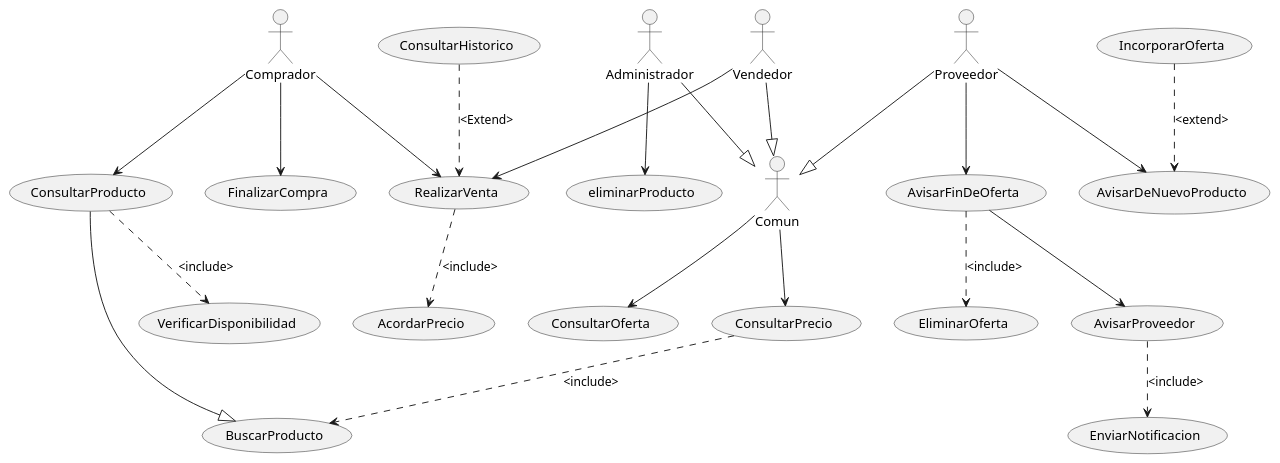
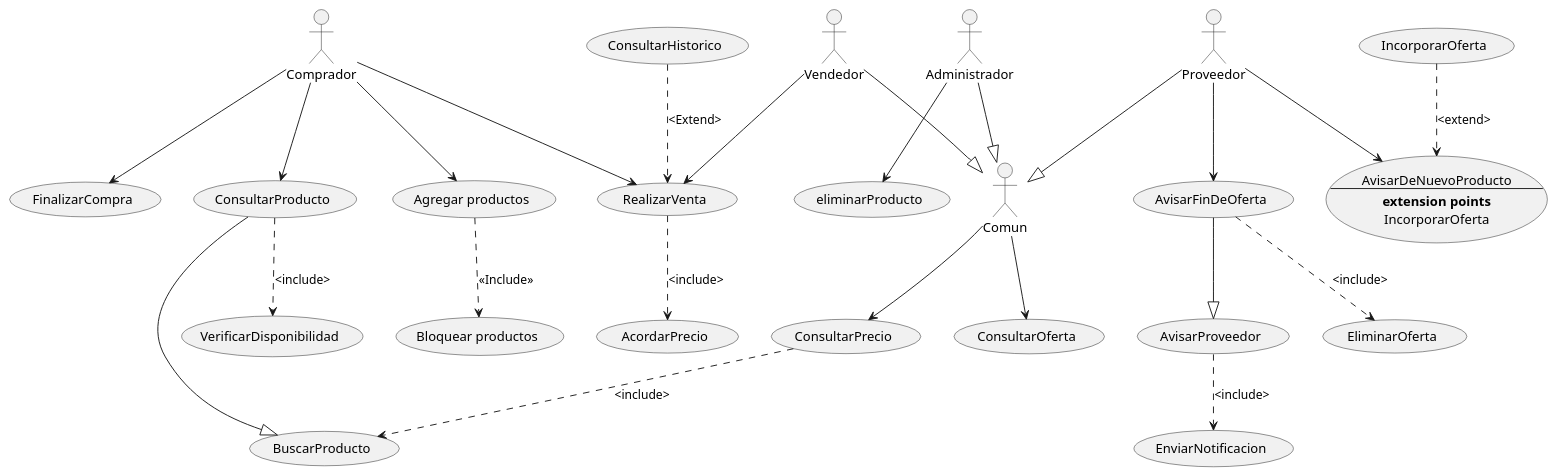
Before and after one commit to it557/INRE-UAL-BLANCO-2022: the diagram in lab0/src/SistemaDeCompras.puml, drawn with PlantUML. The commit also changed 2 other files, not shown here.

```diff
--- a/lab0/src/SistemaDeCompras.puml
+++ b/lab0/src/SistemaDeCompras.puml
@@ -1,26 +1,35 @@
 @startuml
 :Administrador: -->(eliminarProducto) 
 :Comun:
 Administrador--|>Comun
 :Vendedor:
 Vendedor --|> Comun
 Comun -->(ConsultarPrecio)
 Comun -->(ConsultarOferta)
 (ConsultarPrecio)..>(BuscarProducto):<include>
 :Proveedor: --|> Comun
 Proveedor -->(AvisarFinDeOferta)
-Proveedor-->(AvisarDeNuevoProducto)
-(IncorporarOferta)..>(AvisarDeNuevoProducto):<extend>
+
+usecase UC1 as "AvisarDeNuevoProducto
+--
+**extension points**
+IncorporarOferta"
+
+Proveedor-->UC1
+(IncorporarOferta)..>UC1:<extend>
 (AvisarProveedor)..>(EnviarNotificacion):<include>
 (AvisarFinDeOferta)..>(EliminarOferta):<include>
-(AvisarFinDeOferta)-->(AvisarProveedor)
+(AvisarFinDeOferta)--|>(AvisarProveedor)
 (ConsultarProducto)--|>(BuscarProducto)
 :Comprador: --> (ConsultarProducto)
+(Agregar productos) as AgregarProductos
+Comprador --> AgregarProductos
+AgregarProductos ..> (Bloquear productos) : <<Include>>
 (ConsultarProducto)..>(VerificarDisponibilidad):<include>
 Comprador-->(FinalizarCompra)
 Comprador-->(RealizarVenta)
 (ConsultarHistorico)..>(RealizarVenta):<Extend>
 (RealizarVenta)..>(AcordarPrecio):<include>
 Vendedor-->(RealizarVenta)
 
 @enduml
```
